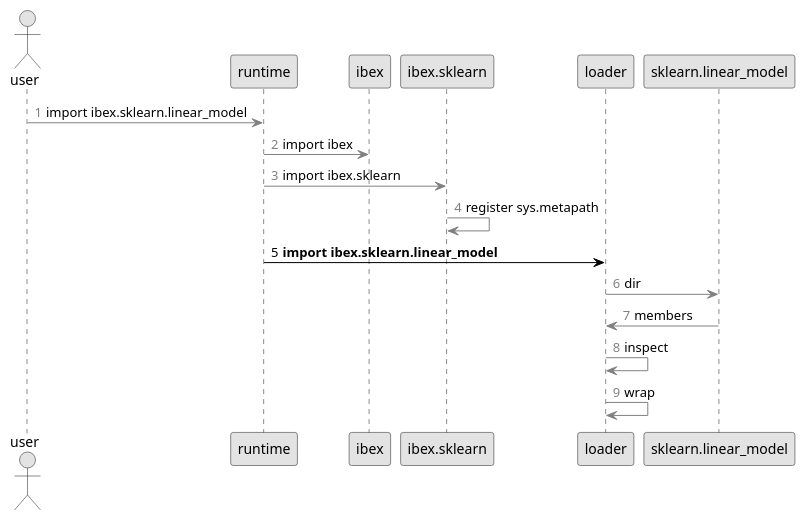
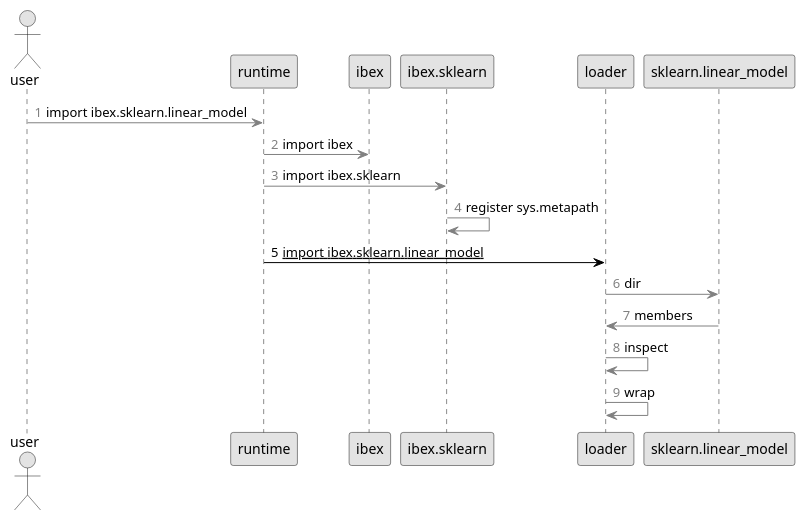
Before and after one commit to atavory/atavory.github.io: the diagram in ibex_pres/import_seq_five.plantuml, drawn with PlantUML. The commit also changed 19 other files, not shown here.

```diff
--- a/ibex_pres/import_seq_five.plantuml
+++ b/ibex_pres/import_seq_five.plantuml
@@ -1,21 +1,21 @@
 @startuml
 
 skinparam monochrome true
 skinparam shadowing false
 
 actor user
 
 autonumber 1 "<font color=grey>"
 user -[#grey]> runtime: import ibex.sklearn.linear_model
 runtime -[#grey]> ibex: import ibex
 runtime -[#grey]> ibex.sklearn: import ibex.sklearn
 ibex.sklearn -[#grey]> ibex.sklearn: register sys.metapath
 autonumber 5 "<font color=black>"
-runtime -[#black]> loader: **import ibex.sklearn.linear_model**
+runtime -[#black]> loader: __import ibex.sklearn.linear_model__
 autonumber 6 "<font color=grey>"
 loader -[#grey]> sklearn.linear_model: dir
 sklearn.linear_model -[#grey]> loader: members
 loader -[#grey]> loader: inspect
 loader -[#grey]> loader: wrap
 
 @enduml
```
